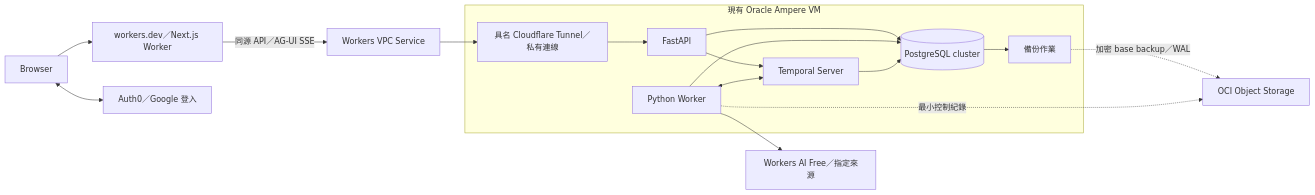
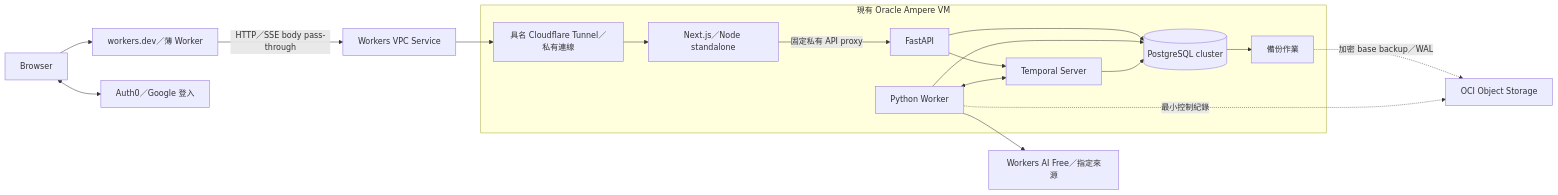
One commit to Will413028/whisky-discovery-agent changed the diagram in ARCHITECTURE.md. Above: the diagram before and after it, drawn with Mermaid. The commit also changed other lines of this file and 35 other files, not shown here.

Commit message:
feat: move Next.js rendering to isolated Oracle VM web service

````diff
--- a/ARCHITECTURE.md
+++ b/ARCHITECTURE.md
@@ -79,19 +79,20 @@
 ```mermaid
 flowchart LR
-  B[Browser] --> UI[workers.dev／Next.js Worker]
+  B[Browser] --> UI[workers.dev／薄 Worker]
   B <--> A[Auth0／Google 登入]
-  UI -->|同源 API／AG-UI SSE| V[Workers VPC Service]
+  UI -->|HTTP／SSE body pass-through| V[Workers VPC Service]
   V --> E[具名 Cloudflare Tunnel／私有連線]
   subgraph O[現有 Oracle Ampere VM]
-    E --> API[FastAPI]
+    E --> WEB[Next.js／Node standalone]
+    WEB -->|固定私有 API proxy| API[FastAPI]
     API --> DB[(PostgreSQL cluster)]
     W[Python Worker] --> DB
     API --> T[Temporal Server]
     W <--> T
     T --> DB
     DB --> BK[備份作業]
   end
   BK -. 加密 base backup／WAL .-> S[OCI Object Storage]
   W --> M[Workers AI Free／指定來源]
   W -. 最小控制紀錄 .-> S
 ```
````
